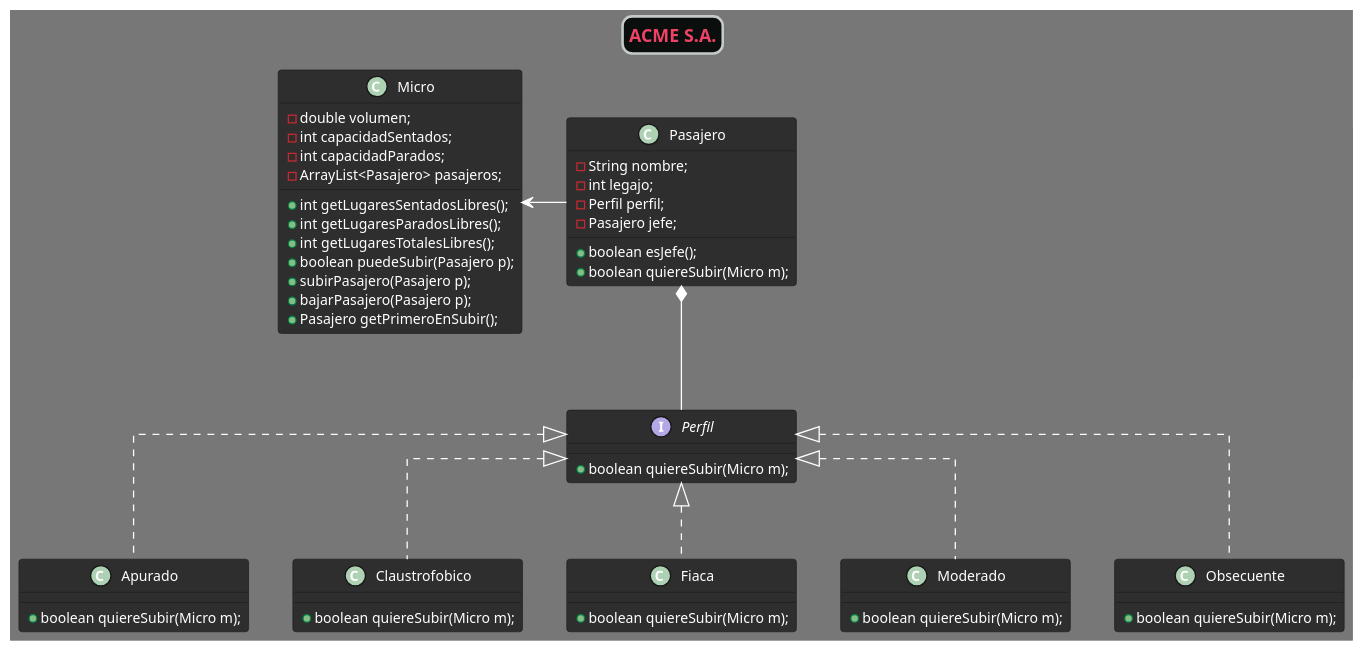
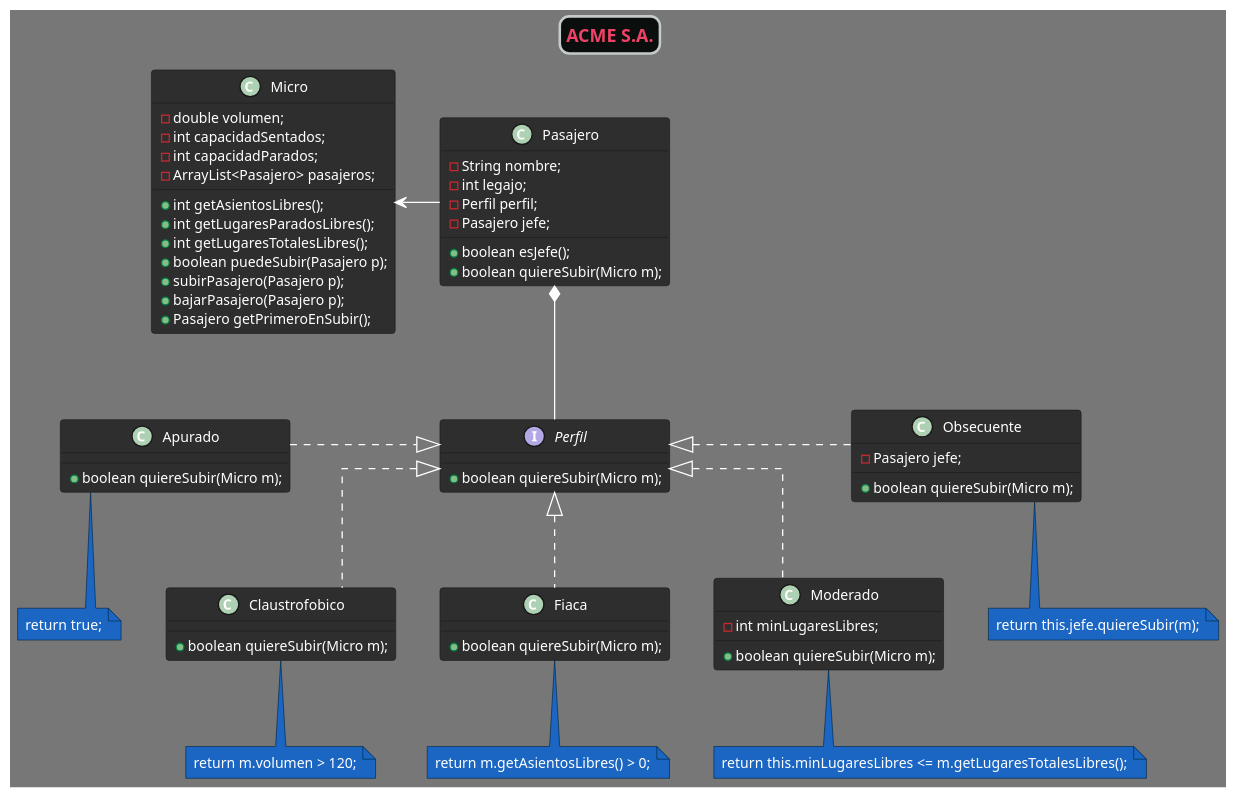
The diagram in EjercicioMicros/src/diagrama.puml (m-doce/ejercicios_utn), drawn with PlantUML before and after one commit.

Commit message:
Añadidas notas al diagrama, con la implementación de los métodos para los distintos tipos de empleados

```diff
--- a/EjercicioMicros/src/diagrama.puml
+++ b/EjercicioMicros/src/diagrama.puml
@@ -1,77 +1,92 @@
 @startuml
 title "ACME S.A."
 !theme reddress-darkblue
 scale 1.3
 skinparam Linetype ortho
 skinparam titleBorderRoundCorner 15
 skinparam titleBorderThickness 2
 skinparam titleBorderColor #C4CBCA
 skinparam titleBackgroundColor #0A0F0D
 skinparam defaultFontColor #FFFFFF
 skinparam titleFontColor #EE4266
 
 
 
 class Micro {
     -double volumen;
     -int capacidadSentados;
     -int capacidadParados;
     -ArrayList<Pasajero> pasajeros;
 
-    +int getLugaresSentadosLibres();
+    +int getAsientosLibres();
     +int getLugaresParadosLibres();
     +int getLugaresTotalesLibres();
     +boolean puedeSubir(Pasajero p);
     +subirPasajero(Pasajero p);
     +bajarPasajero(Pasajero p);
     +Pasajero getPrimeroEnSubir();
 }
 
 class Pasajero {
     -String nombre;
     -int legajo;
     -Perfil perfil;
     -Pasajero jefe;
 
     +boolean esJefe();
     +boolean quiereSubir(Micro m);
 }
 
 interface Perfil {
     +boolean quiereSubir(Micro m);
 }
 
 class Apurado {
     +boolean quiereSubir(Micro m);
 }
 
 class Claustrofobico {
     +boolean quiereSubir(Micro m);
 }
 
 class Fiaca {
     +boolean quiereSubir(Micro m);
 }
 
 class Moderado {
+    -int minLugaresLibres;
+
     +boolean quiereSubir(Micro m);
 }
 
 class Obsecuente {
+    -Pasajero jefe;
+
     +boolean quiereSubir(Micro m);
 }
 
 
 
 'Relaciones
 Pasajero -l-> Micro
 Pasajero *-- Perfil
 
-Perfil <|.. Apurado
+Perfil <|.l. Apurado
 Perfil <|.. Claustrofobico
 Perfil <|.. Fiaca
 Perfil <|.. Moderado
-Perfil <|.. Obsecuente
+Perfil <|.r. Obsecuente
 
 
+'Notas
+note bottom of Apurado: return true;
+
+note bottom of Claustrofobico: return m.volumen > 120;
+
+note bottom of Fiaca: return m.getAsientosLibres() > 0;
+
+note bottom of Moderado: return this.minLugaresLibres <= m.getLugaresTotalesLibres();
+
+note bottom of Obsecuente: return this.jefe.quiereSubir(m);
+
 @enduml
```
